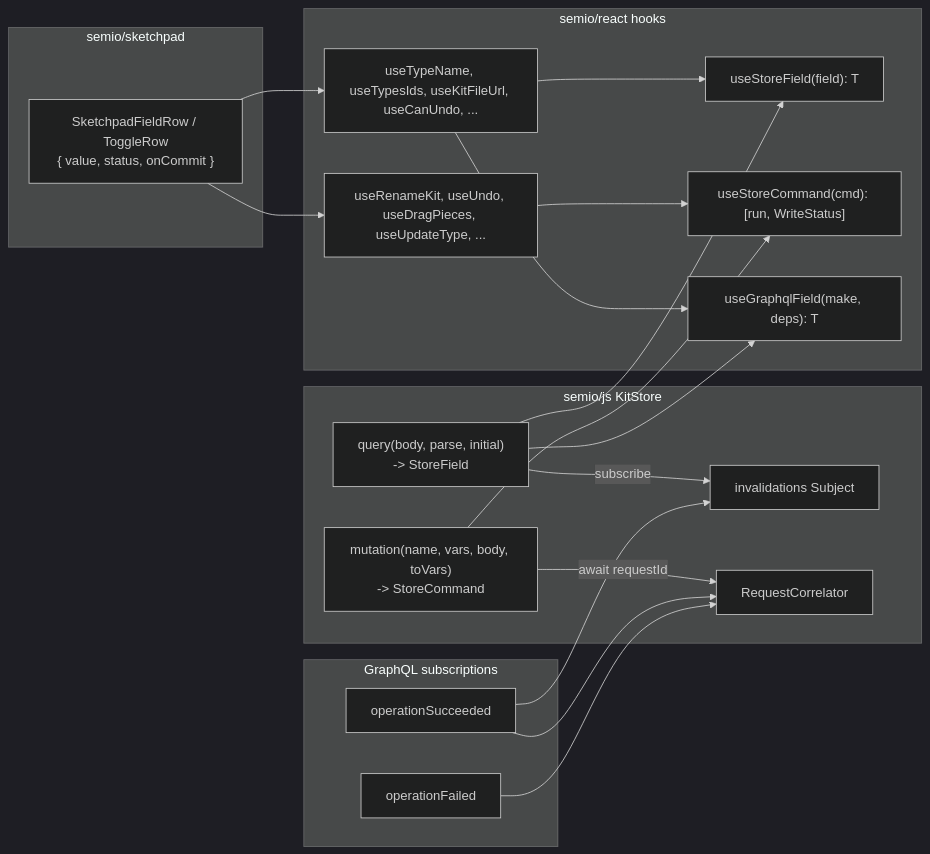
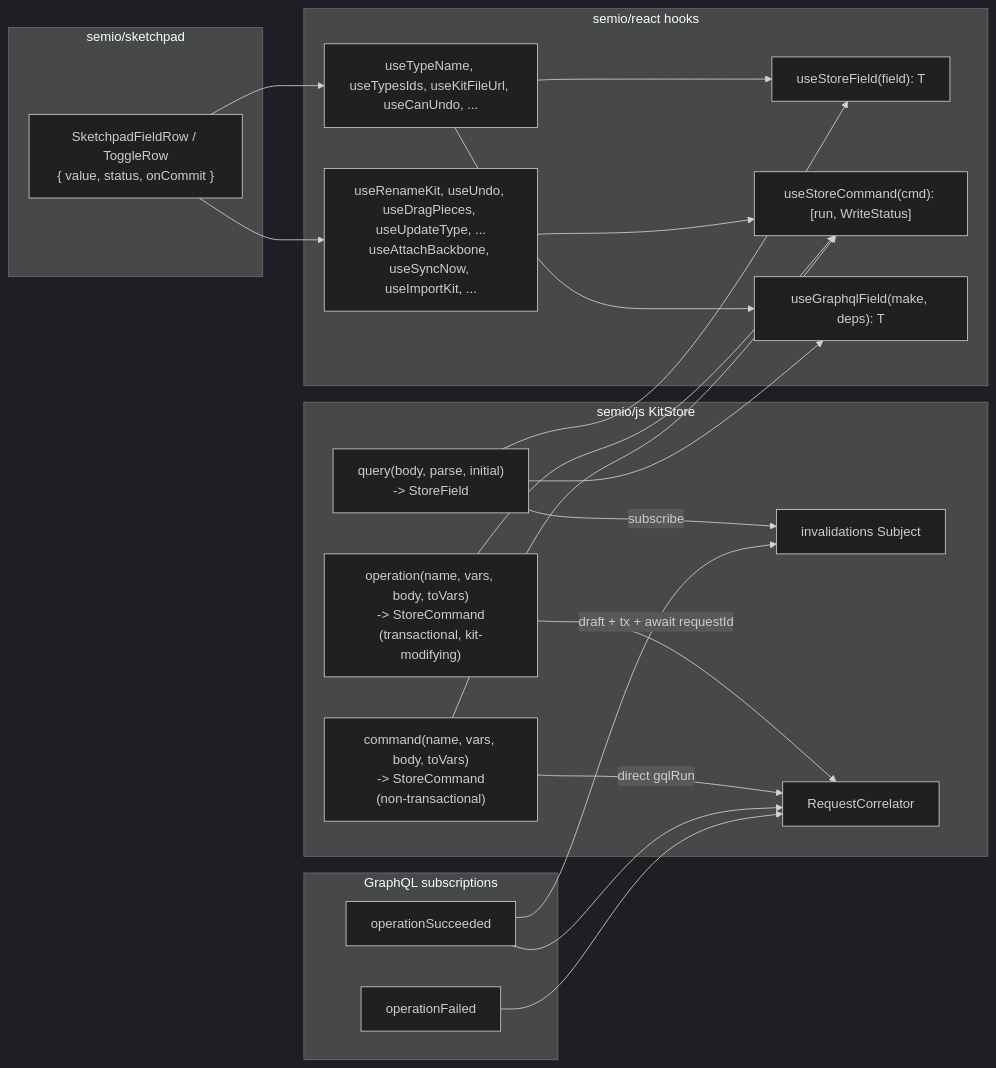
The diagram in .cursor/plans/strict-read-write-hooks_b877f378.plan.md (usalu/semio), drawn with Mermaid (dark theme) before and after one commit. The commit also changed other lines of this file and 6 other files, not shown here.

````diff
--- a/.cursor/plans/strict-read-write-hooks_b877f378.plan.md
+++ b/.cursor/plans/strict-read-write-hooks_b877f378.plan.md
@@ -27,34 +35,37 @@
 ```mermaid
 graph LR
   subgraph SemioJs["semio/js KitStore"]
     Q["query<T>(body, parse, initial)<br/>-> StoreField<T>"]
-    M["mutation<TArgs>(name, vars, body, toVars)<br/>-> StoreCommand<TArgs>"]
+    OP["operation<TArgs>(name, vars, body, toVars)<br/>-> StoreCommand<TArgs><br/>(transactional, kit-modifying)"]
+    CMD["command<TArgs>(name, vars, body, toVars)<br/>-> StoreCommand<TArgs><br/>(non-transactional)"]
     INVS["invalidations Subject<void>"]
     CORR["RequestCorrelator"]
     Q -- subscribe --> INVS
-    M -- await requestId --> CORR
+    OP -- draft + tx + await requestId --> CORR
+    CMD -- direct gqlRun --> CORR
   end
   subgraph Sub["GraphQL subscriptions"]
     OS["operationSucceeded"] --> CORR
     OS --> INVS
     OF["operationFailed"] --> CORR
   end
   subgraph SemioReact["semio/react hooks"]
     USF["useStoreField(field): T"]
     USC["useStoreCommand(cmd): [run, WriteStatus]"]
     UGF["useGraphqlField(make, deps): T"]
     R["useTypeName, useTypesIds, useKitFileUrl, useCanUndo, ..."]
-    W["useRenameKit, useUndo, useDragPieces, useUpdateType, ..."]
+    W["useRenameKit, useUndo, useDragPieces, useUpdateType, ...<br/>useAttachBackbone, useSyncNow, useImportKit, ..."]
     R --> USF
     R --> UGF
     W --> USC
   end
   Q --> USF
   Q --> UGF
-  M --> USC
+  OP --> USC
+  CMD --> USC
   subgraph Sketchpad["semio/sketchpad"]
     Row["SketchpadFieldRow / ToggleRow<br/>{ value, status, onCommit }"]
     Row --> R
     Row --> W
   end
 ```
````
